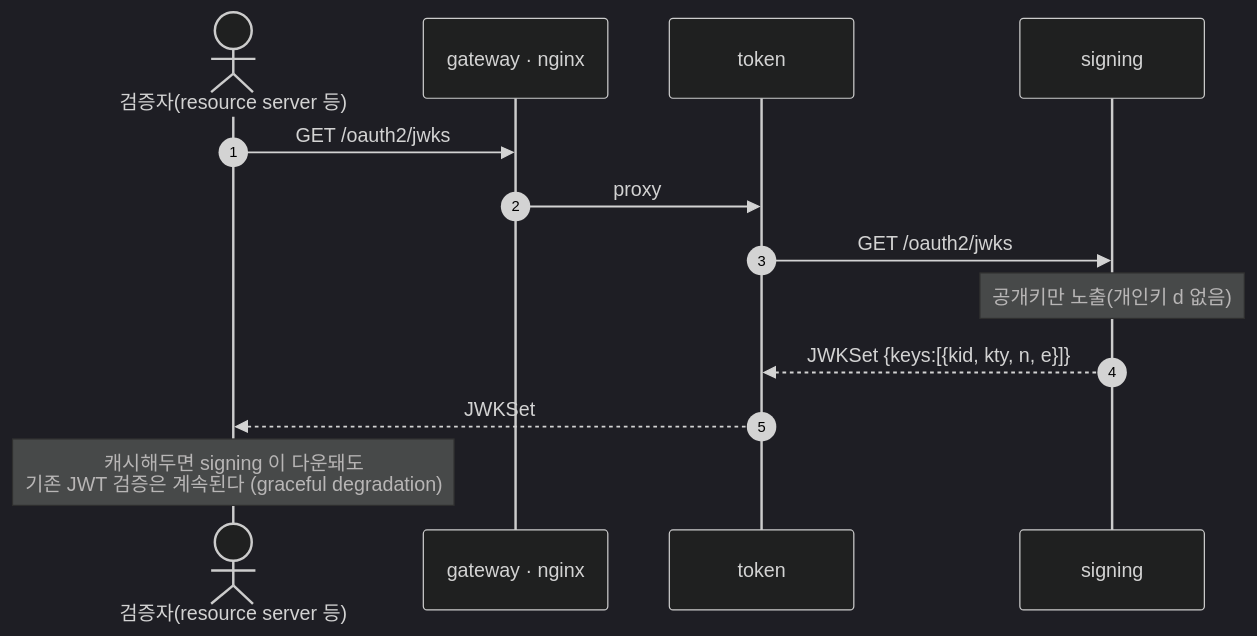
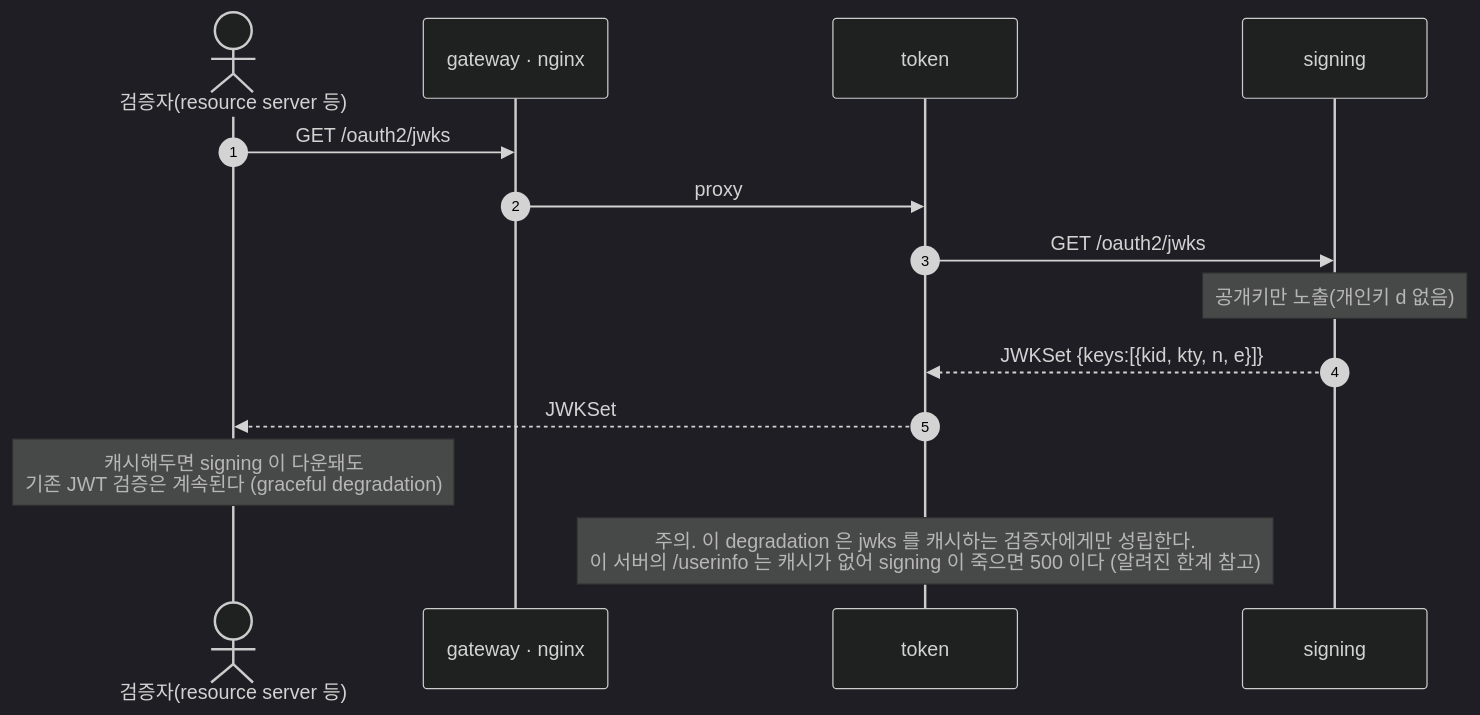
One commit to starryeye/spring-security changed the fifth of 6 diagrams in oauth-2/authorization-server/practice/microservice/README.md. Above: the diagram before and after it, drawn with Mermaid (dark theme). The commit also changed other lines of this file and 1 other file, not shown here.

````diff
--- a/oauth-2/authorization-server/practice/microservice/README.md
+++ b/oauth-2/authorization-server/practice/microservice/README.md
@@ -264,16 +266,17 @@
 ```mermaid
 sequenceDiagram
     autonumber
     actor V as 검증자(resource server 등)
     participant G as gateway · nginx
     participant T as token
     participant S as signing
 
     V->>G: GET /oauth2/jwks
     G->>T: proxy
     T->>S: GET /oauth2/jwks
     Note over S: 공개키만 노출(개인키 d 없음)
     S-->>T: JWKSet {keys:[{kid, kty, n, e}]}
     T-->>V: JWKSet
     Note over V: 캐시해두면 signing 이 다운돼도<br/>기존 JWT 검증은 계속된다 (graceful degradation)
+    Note over T: 주의. 이 degradation 은 jwks 를 캐시하는 검증자에게만 성립한다.<br/>이 서버의 /userinfo 는 캐시가 없어 signing 이 죽으면 500 이다 (알려진 한계 참고)
 ```
````
